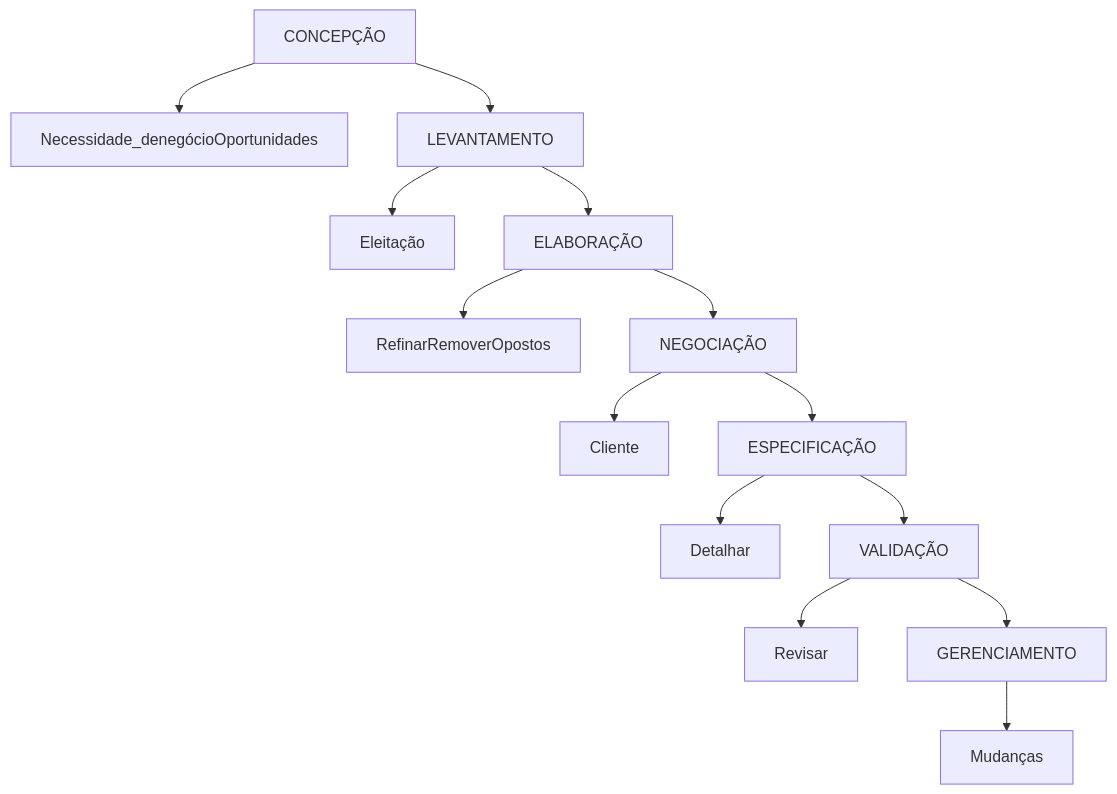
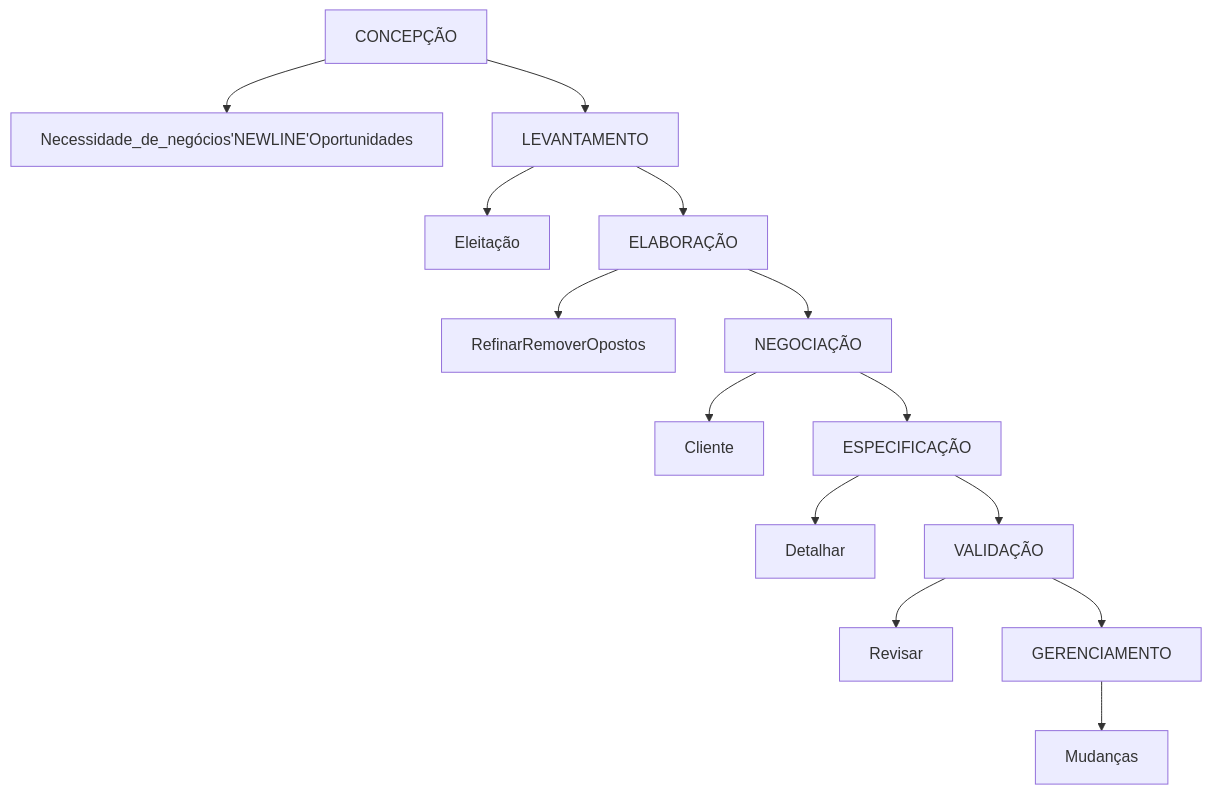
One commit to ericmds/3-Semestre changed the second of 2 diagrams in Engenharia e Requisitos de Software/Aula 06 - 26.03.25.md. Above: the diagram before and after it, drawn with Mermaid.

Commit message:
Update Aula 06 - 26.03.25.md

````diff
--- a/Engenharia e Requisitos de Software/Aula 06 - 26.03.25.md
+++ b/Engenharia e Requisitos de Software/Aula 06 - 26.03.25.md
@@ -31,16 +31,16 @@
   ```mermaid
   graph TD;
-    CONCEPÇÃO-->Necessidade_denegócioOportunidades
+    CONCEPÇÃO-->Necessidade_de_negócios'NEWLINE'Oportunidades
     CONCEPÇÃO-->LEVANTAMENTO
     LEVANTAMENTO-->Eleitação
     LEVANTAMENTO-->ELABORAÇÃO
     ELABORAÇÃO-->RefinarRemoverOpostos
     ELABORAÇÃO-->NEGOCIAÇÃO
     NEGOCIAÇÃO-->Cliente
     NEGOCIAÇÃO-->ESPECIFICAÇÃO
     ESPECIFICAÇÃO-->Detalhar
     ESPECIFICAÇÃO-->VALIDAÇÃO
     VALIDAÇÃO-->Revisar
     VALIDAÇÃO-->GERENCIAMENTO
     GERENCIAMENTO-->Mudanças
   ```
````
